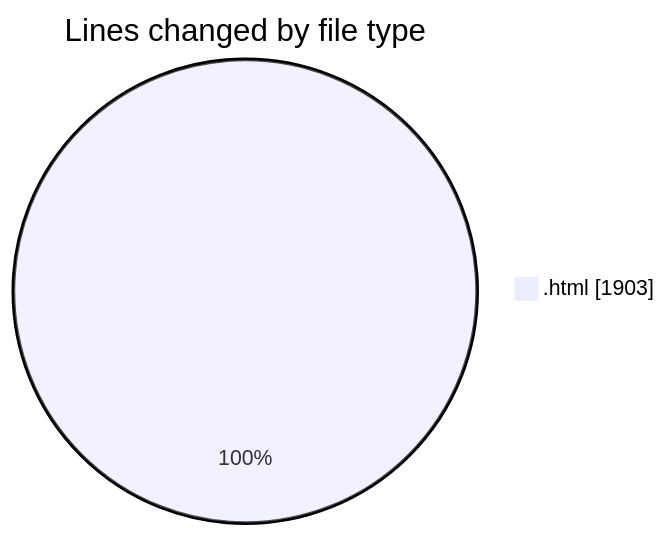
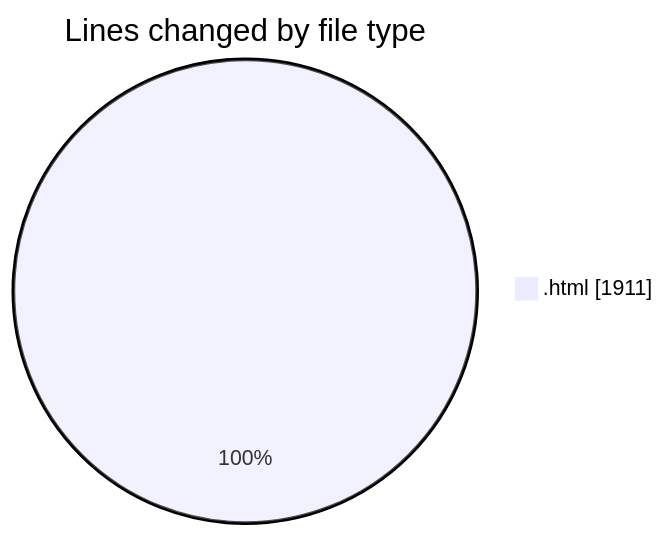
Before and after one commit to Ritupan-Deka/code-tracking: the first of 2 diagrams in 2025-01-28/0starter_files/README.md, drawn with Mermaid. The commit also changed other lines of this file and 1 other file, not shown here.

````diff
--- a/2025-01-28/0starter_files/README.md
+++ b/2025-01-28/0starter_files/README.md
@@ -20,5 +20,5 @@
 ```mermaid
 pie showData
 title Lines changed by file type
-".html" : 1903
+".html" : 1911
 ```
````
